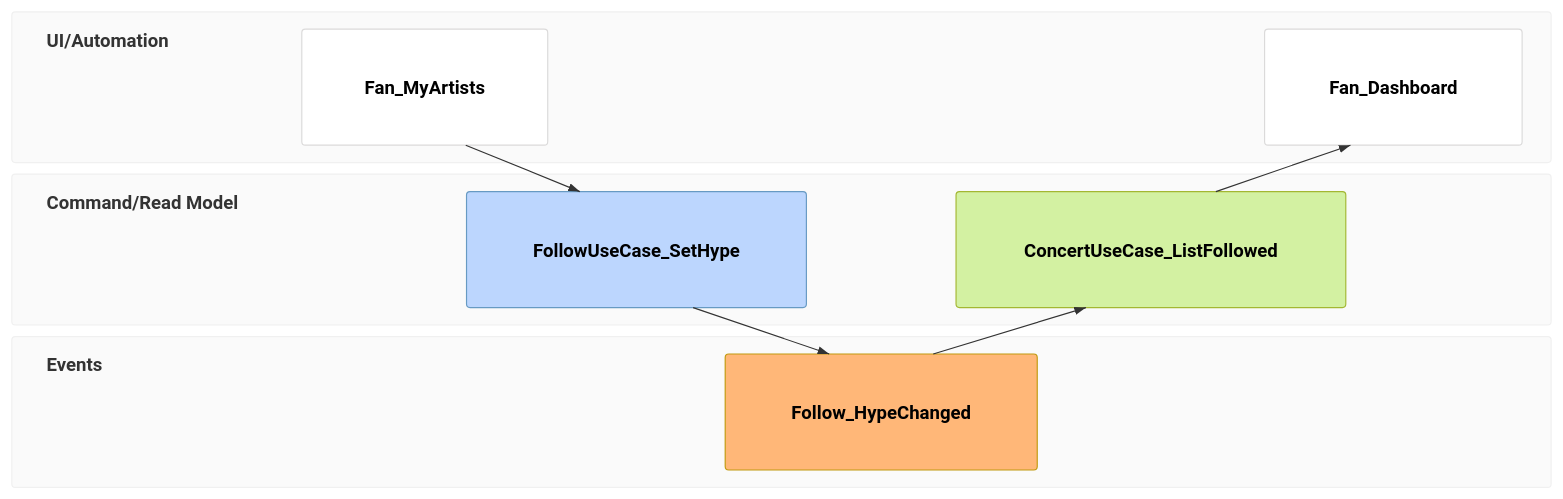
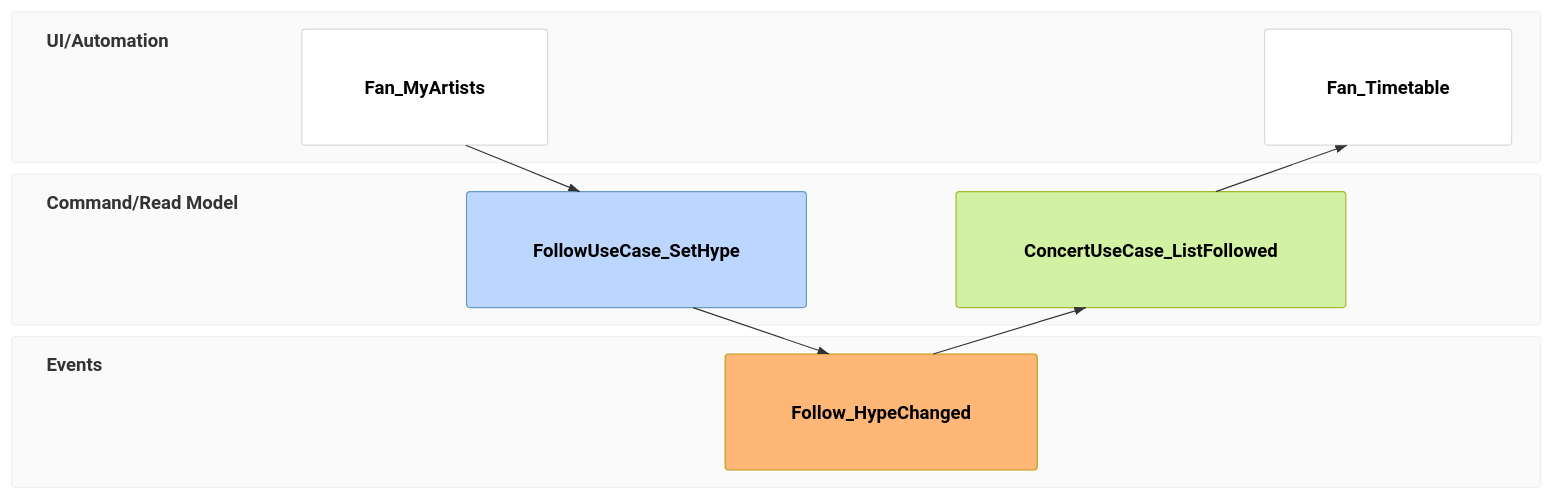
The diagram in openspec/specs/stories/set-hype-for-an-artist/spec.md (liverty-music/specification), drawn with Mermaid before and after one commit. The commit also changed other lines of this file and 61 other files, not shown here.

````diff
--- a/openspec/specs/stories/set-hype-for-an-artist/spec.md
+++ b/openspec/specs/stories/set-hype-for-an-artist/spec.md
@@ -7,8 +7,8 @@
 ```mermaid
 eventmodeling
 tf 01 ui Fan_MyArtists
 tf 02 cmd FollowUseCase_SetHype
 tf 03 evt Follow_HypeChanged
 tf 04 rmo ConcertUseCase_ListFollowed
-tf 05 ui Fan_Dashboard
+tf 05 ui Fan_Timetable
 ```
````
